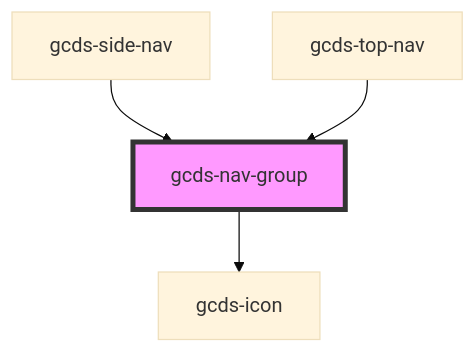
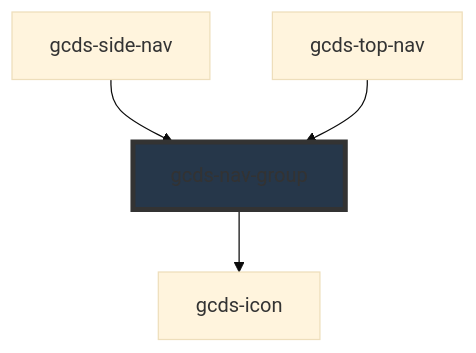
The diagram in packages/web/src/components/gcds-nav-group/readme.md (cds-snc/gcds-components), drawn with Mermaid (base theme) before and after one commit. The commit also changed other lines of this file and 16 other files, not shown here.

````diff
--- a/packages/web/src/components/gcds-nav-group/readme.md
+++ b/packages/web/src/components/gcds-nav-group/readme.md
@@ -62,7 +69,7 @@
 ```mermaid
 graph TD;
   gcds-nav-group --> gcds-icon
   gcds-side-nav --> gcds-nav-group
   gcds-top-nav --> gcds-nav-group
-  style gcds-nav-group fill:#f9f,stroke:#333,stroke-width:4px
+  style gcds-nav-group fill:#26374a,stroke:#333,stroke-width:4px
 ```
````
